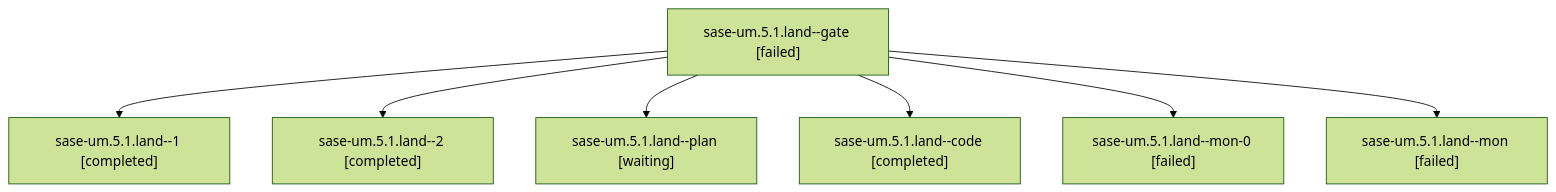
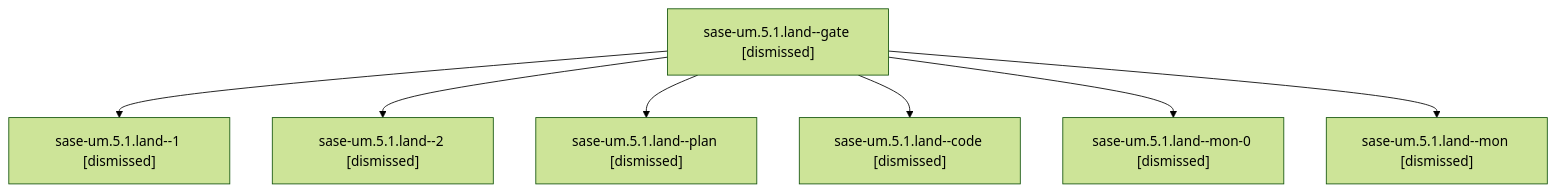
One commit to sase-org/sase--agents changed the diagram in families/bbugyi200.athena.sase-um.5.1.land.md. Above: the diagram before and after it, drawn with Mermaid (forest theme). The commit also changed other lines of this file and 336 other files, not shown here.

````diff
--- a/families/bbugyi200.athena.sase-um.5.1.land.md
+++ b/families/bbugyi200.athena.sase-um.5.1.land.md
@@ -9,16 +9,16 @@
 ```mermaid
 flowchart TD
-  n0["sase-um.5.1.land--gate [failed]"]
-  n1["sase-um.5.1.land--1 [completed]"]
+  n0["sase-um.5.1.land--gate [dismissed]"]
+  n1["sase-um.5.1.land--1 [dismissed]"]
   n0 --> n1
-  n2["sase-um.5.1.land--2 [completed]"]
+  n2["sase-um.5.1.land--2 [dismissed]"]
   n0 --> n2
-  n3["sase-um.5.1.land--plan [waiting]"]
+  n3["sase-um.5.1.land--plan [dismissed]"]
   n0 --> n3
-  n4["sase-um.5.1.land--code [completed]"]
+  n4["sase-um.5.1.land--code [dismissed]"]
   n0 --> n4
-  n5["sase-um.5.1.land--mon-0 [failed]"]
+  n5["sase-um.5.1.land--mon-0 [dismissed]"]
   n0 --> n5
-  n6["sase-um.5.1.land--mon [failed]"]
+  n6["sase-um.5.1.land--mon [dismissed]"]
   n0 --> n6
 ```
````
